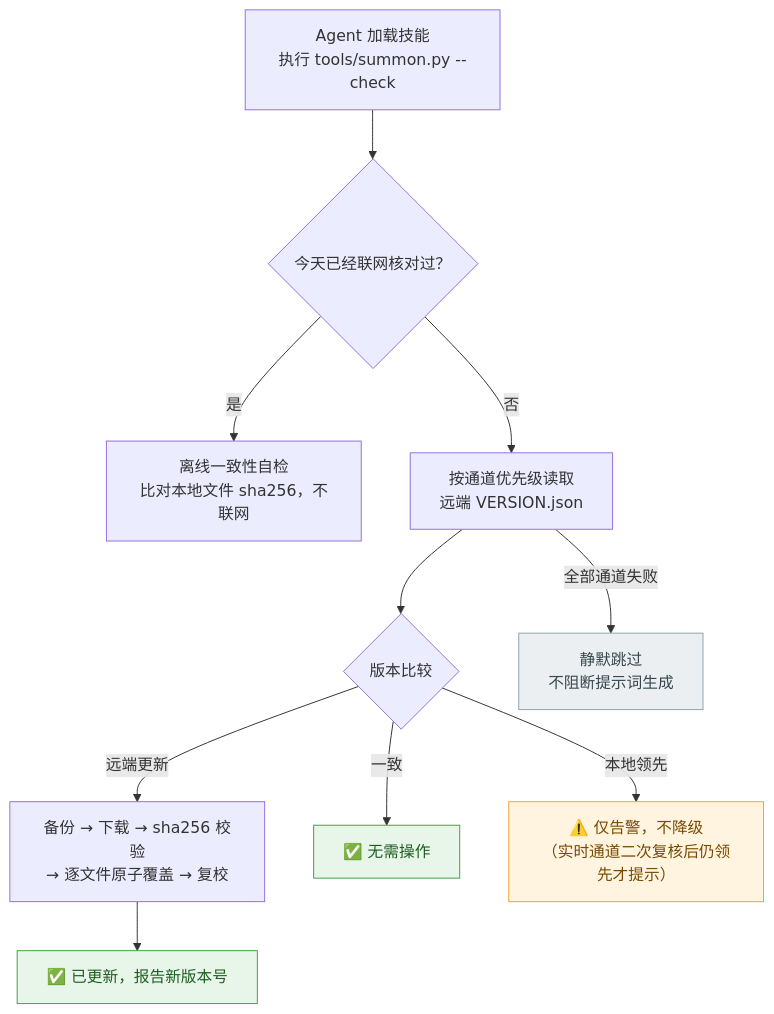
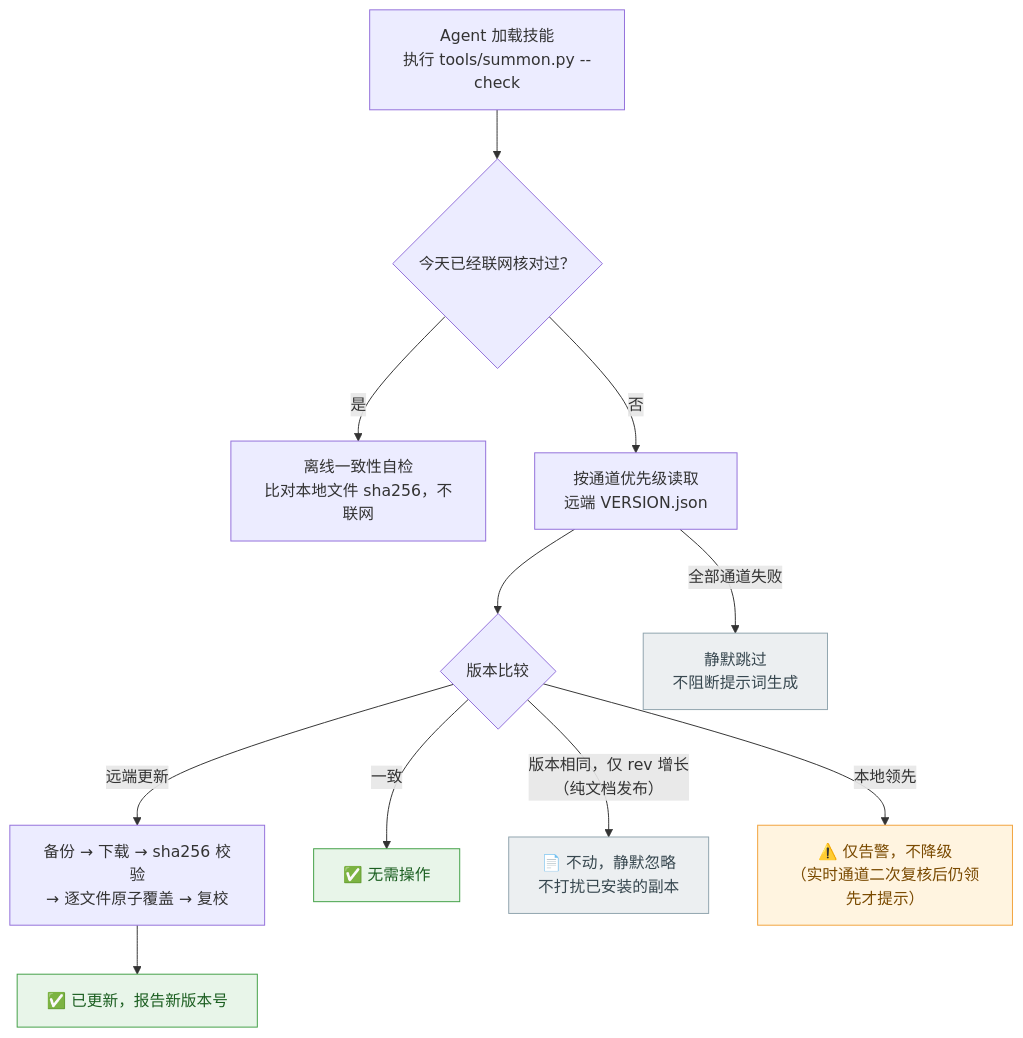
The second of 3 diagrams in README.md (HTBjiangnan/gpt-image-prompt), drawn with Mermaid before and after one commit. The commit also changed other lines of this file, not shown here.

````diff
--- a/README.md
+++ b/README.md
@@ -190,17 +190,19 @@
 ```mermaid
 flowchart TD
     S["Agent 加载技能<br/>执行 tools/summon.py --check"] --> T{"今天已经联网核对过？"}
     T -->|"是"| U["离线一致性自检<br/>比对本地文件 sha256，不联网"]
     T -->|"否"| V["按通道优先级读取<br/>远端 VERSION.json"]
     V --> W{"版本比较"}
     W -->|"远端更新"| X["备份 → 下载 → sha256 校验<br/>→ 逐文件原子覆盖 → 复校"]
     X --> Y["✅ 已更新，报告新版本号"]
     W -->|"一致"| Z["✅ 无需操作"]
+    W -->|"版本相同，仅 rev 增长<br/>（纯文档发布）"| AD["📄 不动，静默忽略<br/>不打扰已安装的副本"]
     W -->|"本地领先"| AA["⚠️ 仅告警，不降级<br/>（实时通道二次复核后仍领先才提示）"]
     V -->|"全部通道失败"| AB["静默跳过<br/>不阻断提示词生成"]
 
     style Y fill:#e8f5e9,stroke:#43a047,color:#1b5e20
     style Z fill:#e8f5e9,stroke:#43a047,color:#1b5e20
+    style AD fill:#eceff1,stroke:#90a4ae,color:#37474f
     style AA fill:#fff4e0,stroke:#f2a33c,color:#7a4a00
     style AB fill:#eceff1,stroke:#90a4ae,color:#37474f
 ```
````
